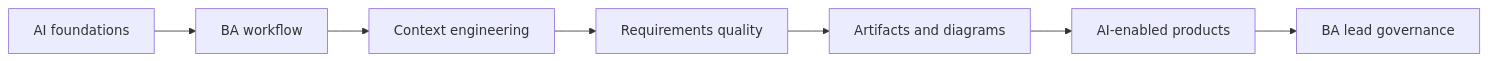
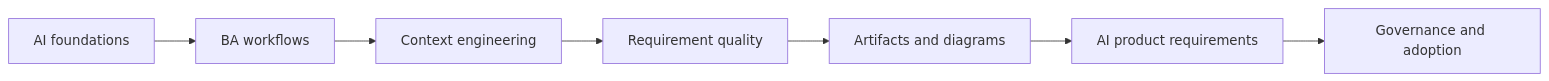
One commit to anhtnt90dev/ai-for-ba changed the diagram in docs/en/index.md. Above: the diagram before and after it, drawn with Mermaid. The commit also changed other lines of this file and 64 other files, not shown here.

````diff
--- a/docs/en/index.md
+++ b/docs/en/index.md
@@ -22,9 +22,9 @@
 ```mermaid
 flowchart LR
-    A["AI foundations"] --> B["BA workflow"]
+    A["AI foundations"] --> B["BA workflows"]
     B --> C["Context engineering"]
-    C --> D["Requirements quality"]
+    C --> D["Requirement quality"]
     D --> E["Artifacts and diagrams"]
-    E --> F["AI-enabled products"]
-    F --> G["BA lead governance"]
+    E --> F["AI product requirements"]
+    F --> G["Governance and adoption"]
 ```
````
